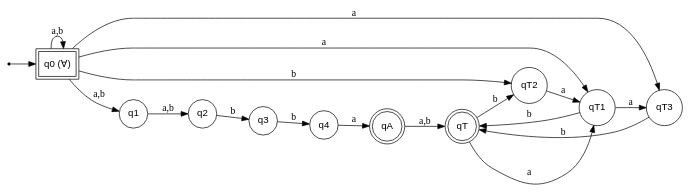
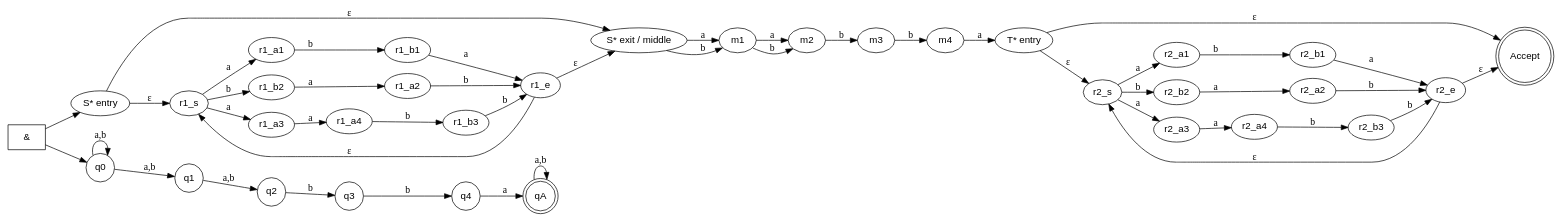
The diagram in lab2_Haustova/pka.dot (m-mksmvn/tfl), drawn with Graphviz before and after one commit.

Commit message:
Изменен ПКА

```diff
--- a/lab2_Haustova/pka.dot
+++ b/lab2_Haustova/pka.dot
@@ -1,50 +1,113 @@
-digraph AFA {
+digraph PKA {
     rankdir=LR;
     node [fontname="Arial"];
 
+    /* ===== Корневое состояние ===== */
+    amp [shape=box, label="&"]; /* стартовое состояние */
 
-    q0  [shape=box,    label="q0 (∀)", peripheries=2];
+    /* ---------------------------------------------------------------------- */
+    /* ======================= ЛЕВАЯ ВЕТВЬ — NFA ============================ */
+    /* ---------------------------------------------------------------------- */
 
-    q1  [shape=circle, label="q1", peripheries=1];
-    q2  [shape=circle, label="q2", peripheries=1];
-    q3  [shape=circle, label="q3", peripheries=1];
-    q4  [shape=circle, label="q4", peripheries=1];
-    qA  [shape=circle, label="qA", peripheries=2];
+    /* Начало левой ветви */
+    s1 [label="S* entry"];
+    ls_accept [label="S* exit / middle"];
+    
+    /* Фрагмент R1 (aba, bab, aabb) */
+    r1_s; r1_e;
+    r1_a1; r1_b1;
+    r1_b2; r1_a2;
+    r1_a3; r1_a4; r1_b3;
 
+    /* Средний блок (a|b)(a|b)bb a */
+    m1; m2; m3; m4;
 
-    qT  [shape=circle, label="qT", peripheries=2];
-    qT1 [shape=circle, label="qT1"];
-    qT2 [shape=circle, label="qT2"];
-    qT3 [shape=circle, label="qT3"];
+    /* Фрагмент R2 (aba, bab, aabb) */
+    rs_start [label="T* entry"];
+    rs_accept [shape=doublecircle, label="Accept"];
+    r2_s; r2_e;
+    r2_a1; r2_b1;
+    r2_b2; r2_a2;
+    r2_a3; r2_a4; r2_b3;
 
+    /* ===== Связи левой ветви ===== */
+    /* Left star */
+    amp -> s1;
+    s1 -> ls_accept [label="ε"];
+    s1 -> r1_s [label="ε"];
+    r1_e -> r1_s [label="ε"];
+    r1_e -> ls_accept [label="ε"];
 
-    start [shape=point];
-    start -> q0;
+    /* R1: aba */
+    r1_s -> r1_a1 [label="a"];
+    r1_a1 -> r1_b1 [label="b"];
+    r1_b1 -> r1_e [label="a"];
 
+    /* R1: bab */
+    r1_s -> r1_b2 [label="b"];
+    r1_b2 -> r1_a2 [label="a"];
+    r1_a2 -> r1_e [label="b"];
 
-    q0 -> q0  [label="a,b"];
-    q0 -> q1  [label="a,b"];
-    q0 -> qT1 [label="a"];
-    q0 -> qT2 [label="b"];
-    q0 -> qT3 [label="a"];
+    /* R1: aabb */
+    r1_s -> r1_a3 [label="a"];
+    r1_a3 -> r1_a4 [label="a"];
+    r1_a4 -> r1_b3 [label="b"];
+    r1_b3 -> r1_e [label="b"];
 
+    /* Middle chunk */
+    ls_accept -> m1 [label="a"];
+    ls_accept -> m1 [label="b"];
+    m1 -> m2 [label="a"];
+    m1 -> m2 [label="b"];
+    m2 -> m3 [label="b"];
+    m3 -> m4 [label="b"];
+    m4 -> rs_start [label="a"];
+
+    /* Right star */
+    rs_start -> rs_accept [label="ε"];
+    rs_start -> r2_s [label="ε"];
+    r2_e -> r2_s [label="ε"];
+    r2_e -> rs_accept [label="ε"];
+
+    /* R2: aba */
+    r2_s -> r2_a1 [label="a"];
+    r2_a1 -> r2_b1 [label="b"];
+    r2_b1 -> r2_e [label="a"];
+
+    /* R2: bab */
+    r2_s -> r2_b2 [label="b"];
+    r2_b2 -> r2_a2 [label="a"];
+    r2_a2 -> r2_e [label="b"];
+
+    /* R2: aabb */
+    r2_s -> r2_a3 [label="a"];
+    r2_a3 -> r2_a4 [label="a"];
+    r2_a4 -> r2_b3 [label="b"];
+    r2_b3 -> r2_e [label="b"];
+
+    /* ---------------------------------------------------------------------- */
+    /* ====================== УПРОЩЁННАЯ ПРАВАЯ ВЕТВЬ (DFA) ================= */
+    /* ---------------------------------------------------------------------- */
+    q0 [shape=circle, label="q0"];
+    q1 [shape=circle, label="q1"];
+    q2 [shape=circle, label="q2"];
+    q3 [shape=circle, label="q3"];
+    q4 [shape=circle, label="q4"];
+    qA [shape=doublecircle, label="qA"];
+
+    /* Начало из amp */
+    amp -> q0;
+
+    /* Цикл по любым символам */
+    q0 -> q0 [label="a,b"];
+    q0 -> q1 [label="a,b"]; /* начать угадывать точку входа */
+
+    /* Последовательность угадывания шаблона */
     q1 -> q2 [label="a,b"];
     q2 -> q3 [label="b"];
     q3 -> q4 [label="b"];
     q4 -> qA [label="a"];
 
-
-    qA -> qT  [label="a,b"];
-
-
-    qT  -> qT1 [label="a"];
-    qT  -> qT2 [label="b"];
-
-    qT1 -> qT  [label="b"];
-    qT1 -> qT3 [label="a"];
-
-    qT3 -> qT  [label="b"];
-
-    qT2 -> qT1 [label="a"];
-
+    /* После принятия — всё принимаем */
+    qA -> qA [label="a,b"];
 }
```
